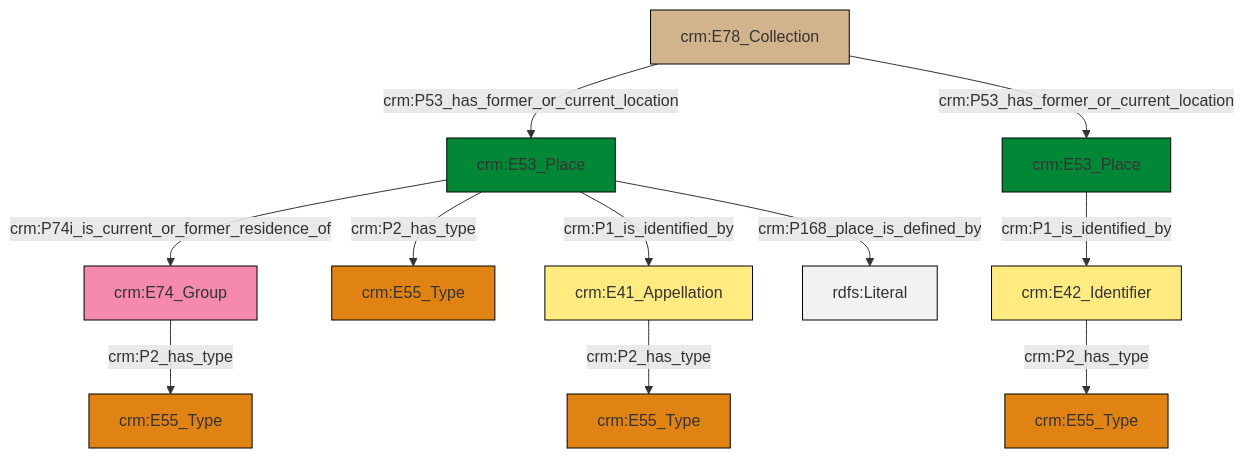
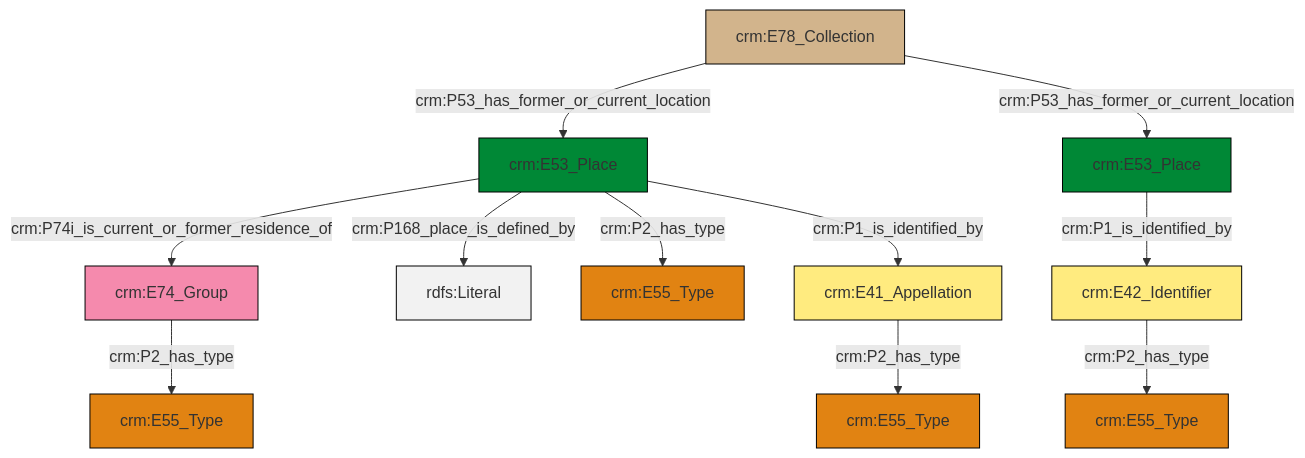
Before and after one commit to swiss-art-research-net/docs.swissartresearch: the diagram in et/archivalCSV/ttl/mmd/archival_location.ttl.mmd, drawn with Mermaid. The commit also changed 210 other files, not shown here.

```diff
--- a/et/archivalCSV/ttl/mmd/archival_location.ttl.mmd
+++ b/et/archivalCSV/ttl/mmd/archival_location.ttl.mmd
@@ -1,25 +1,25 @@
 graph TD
 classDef Literal fill:#f2f2f2,stroke:#000000;
 classDef CRM_Entity fill:#FFFFFF,stroke:#000000;
 classDef Temporal_Entity fill:#00C9E6, stroke:#000000;
 classDef Type fill:#E18312, stroke:#000000;
 classDef Time-Span fill:#2C9C91, stroke:#000000;
 classDef Appellation fill:#FFEB7F, stroke:#000000;
 classDef Place fill:#008836, stroke:#000000;
 classDef Persistent_Item fill:#B266B2, stroke:#000000;
 classDef Conceptual_Object fill:#FFD700, stroke:#000000;
 classDef Physical_Thing fill:#D2B48C, stroke:#000000;
 classDef Actor fill:#f58aad, stroke:#000000;
 classDef PC_Classes fill:#4ce600, stroke:#000000;
 classDef Multi fill:#cccccc,stroke:#000000;
 
 2["crm:E78_Collection"]:::Physical_Thing -->|crm:P53_has_former_or_current_location| 3["crm:E53_Place"]:::Place
-8["crm:E74_Group"]:::Actor -->|crm:P2_has_type| 4["crm:E55_Type"]:::Type
-14["crm:E53_Place"]:::Place -->|crm:P1_is_identified_by| 15["crm:E42_Identifier"]:::Appellation
-3["crm:E53_Place"]:::Place -->|crm:P74i_is_current_or_former_residence_of| 8["crm:E74_Group"]:::Actor
-15["crm:E42_Identifier"]:::Appellation -->|crm:P2_has_type| 6["crm:E55_Type"]:::Type
-3["crm:E53_Place"]:::Place -->|crm:P2_has_type| 9["crm:E55_Type"]:::Type
-12["crm:E41_Appellation"]:::Appellation -->|crm:P2_has_type| 0["crm:E55_Type"]:::Type
-3["crm:E53_Place"]:::Place -->|crm:P1_is_identified_by| 12["crm:E41_Appellation"]:::Appellation
-3["crm:E53_Place"]:::Place -->|crm:P168_place_is_defined_by| 19[rdfs:Literal]:::Literal
-2["crm:E78_Collection"]:::Physical_Thing -->|crm:P53_has_former_or_current_location| 14["crm:E53_Place"]:::Place
+3["crm:E53_Place"]:::Place -->|crm:P168_place_is_defined_by| 5[rdfs:Literal]:::Literal
+0["crm:E41_Appellation"]:::Appellation -->|crm:P2_has_type| 10["crm:E55_Type"]:::Type
+12["crm:E42_Identifier"]:::Appellation -->|crm:P2_has_type| 13["crm:E55_Type"]:::Type
+2["crm:E78_Collection"]:::Physical_Thing -->|crm:P53_has_former_or_current_location| 8["crm:E53_Place"]:::Place
+3["crm:E53_Place"]:::Place -->|crm:P74i_is_current_or_former_residence_of| 17["crm:E74_Group"]:::Actor
+8["crm:E53_Place"]:::Place -->|crm:P1_is_identified_by| 12["crm:E42_Identifier"]:::Appellation
+3["crm:E53_Place"]:::Place -->|crm:P1_is_identified_by| 0["crm:E41_Appellation"]:::Appellation
+17["crm:E74_Group"]:::Actor -->|crm:P2_has_type| 14["crm:E55_Type"]:::Type
+3["crm:E53_Place"]:::Place -->|crm:P2_has_type| 6["crm:E55_Type"]:::Type
```
